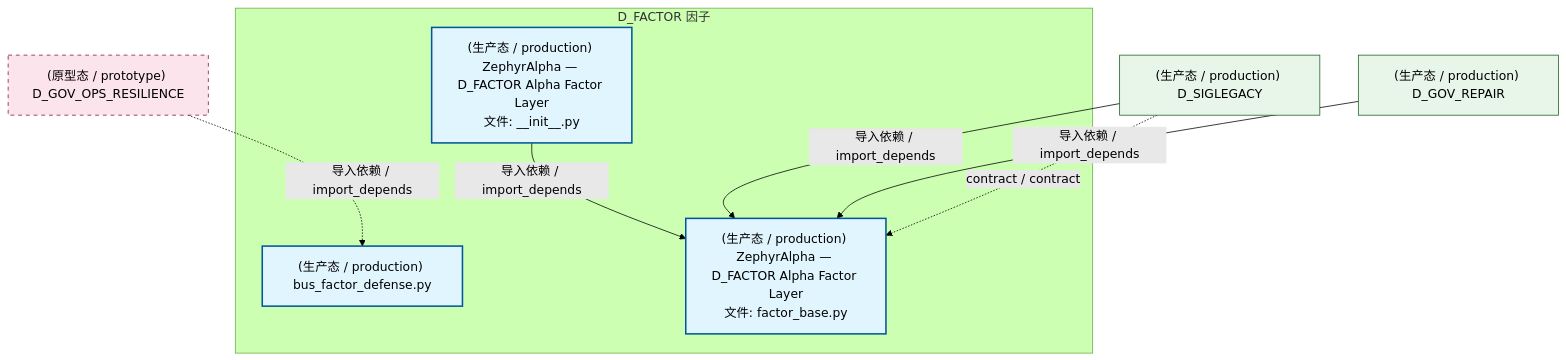
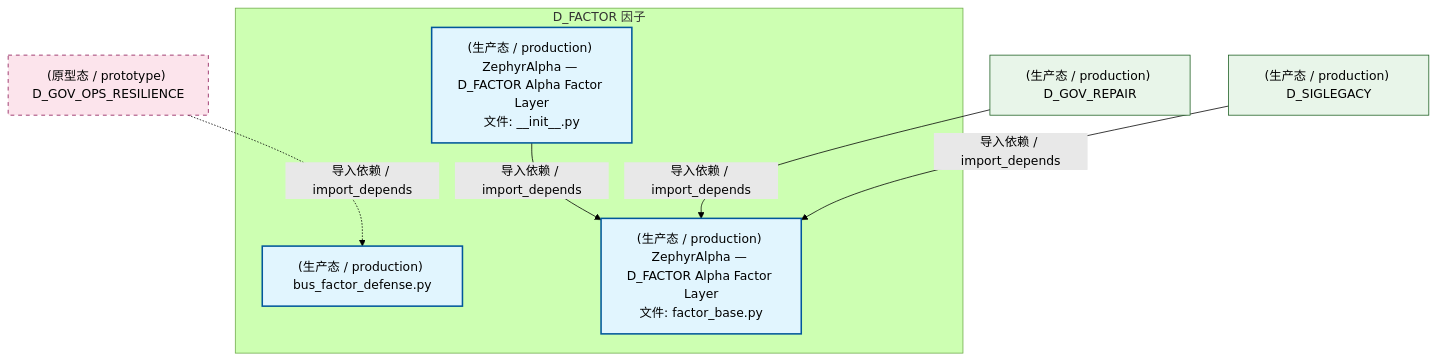
Before and after one commit to xuanFelixVan/ZephyrAlpha: the second of 4 diagrams in docs/02_enterprise_architecture/02_domain_architecture_docs/36_d_factor.md, drawn with Mermaid (forest theme). The commit also changed other lines of this file and 126 other files, not shown here.

````diff
--- a/docs/02_enterprise_architecture/02_domain_architecture_docs/36_d_factor.md
+++ b/docs/02_enterprise_architecture/02_domain_architecture_docs/36_d_factor.md
@@ -123,23 +117,22 @@
 ```mermaid
 graph TD
     subgraph D_FACTOR["D_FACTOR 因子"]
         src_zephyr_factor_init_py["(生产态 / production) ZephyrAlpha — D_FACTOR Alpha Factor Layer<br/>文件: __init__.py"]
         src_zephyr_factor_bus_factor_defense_py["(生产态 / production) bus_factor_defense.py"]
         src_zephyr_factor_factor_base_py["(生产态 / production) ZephyrAlpha — D_FACTOR Alpha Factor Layer<br/>文件: factor_base.py"]
     end
     src_zephyr_factor_init_py -->|导入依赖 / import_depends| src_zephyr_factor_factor_base_py
     D_GOV_OPS_RESILIENCE["(原型态 / prototype) D_GOV_OPS_RESILIENCE"]
     D_GOV_OPS_RESILIENCE -.->|导入依赖 / import_depends| src_zephyr_factor_bus_factor_defense_py
+    D_GOV_REPAIR["(生产态 / production) D_GOV_REPAIR"]
+    D_GOV_REPAIR -->|导入依赖 / import_depends| src_zephyr_factor_factor_base_py
     D_SIGLEGACY["(生产态 / production) D_SIGLEGACY"]
     D_SIGLEGACY -->|导入依赖 / import_depends| src_zephyr_factor_factor_base_py
-    D_GOV_REPAIR["(生产态 / production) D_GOV_REPAIR"]
-    D_GOV_REPAIR -->|导入依赖 / import_depends| src_zephyr_factor_factor_base_py
-    D_SIGLEGACY -.->|contract / contract| src_zephyr_factor_factor_base_py
     classDef production fill:#e1f5fe,stroke:#01579b,stroke-width:2px,color:#000
     classDef design fill:#fff3e0,stroke:#e65100,stroke-width:2px,color:#000,stroke-dasharray: 5 5
     classDef external_prod fill:#e8f5e9,stroke:#1b5e20,stroke-width:1px,color:#000
     classDef external_design fill:#fce4ec,stroke:#880e4f,stroke-width:1px,color:#000,stroke-dasharray: 5 5
     class src_zephyr_factor_init_py,src_zephyr_factor_bus_factor_defense_py,src_zephyr_factor_factor_base_py production
-    class D_SIGLEGACY,D_GOV_REPAIR external_prod
+    class D_GOV_REPAIR,D_SIGLEGACY external_prod
     class D_GOV_OPS_RESILIENCE external_design
 ```
````
